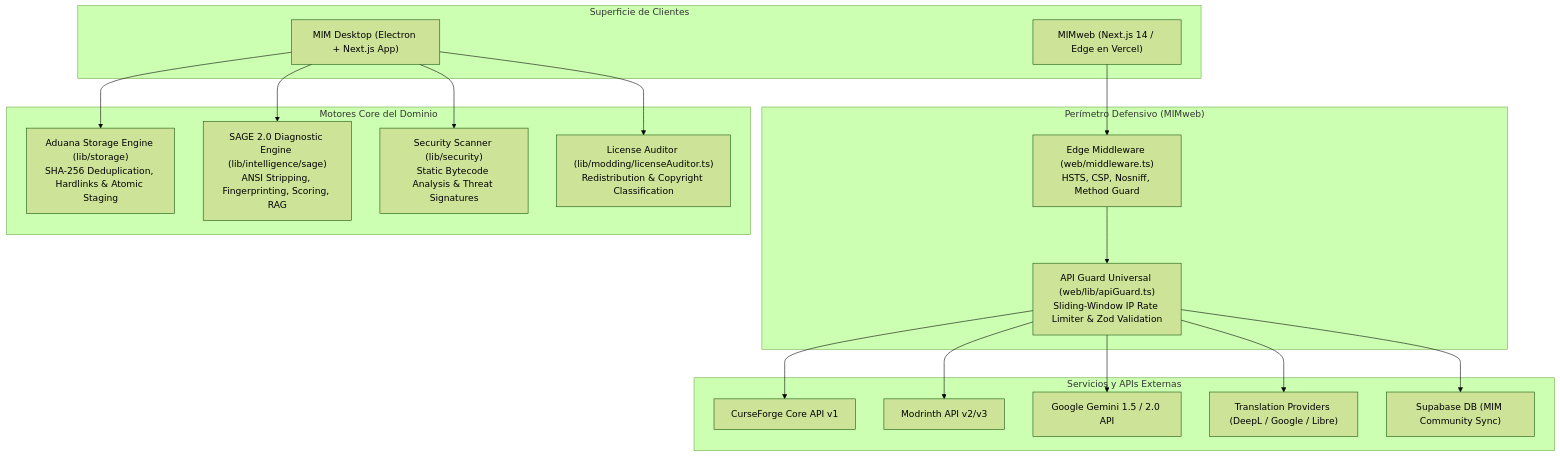
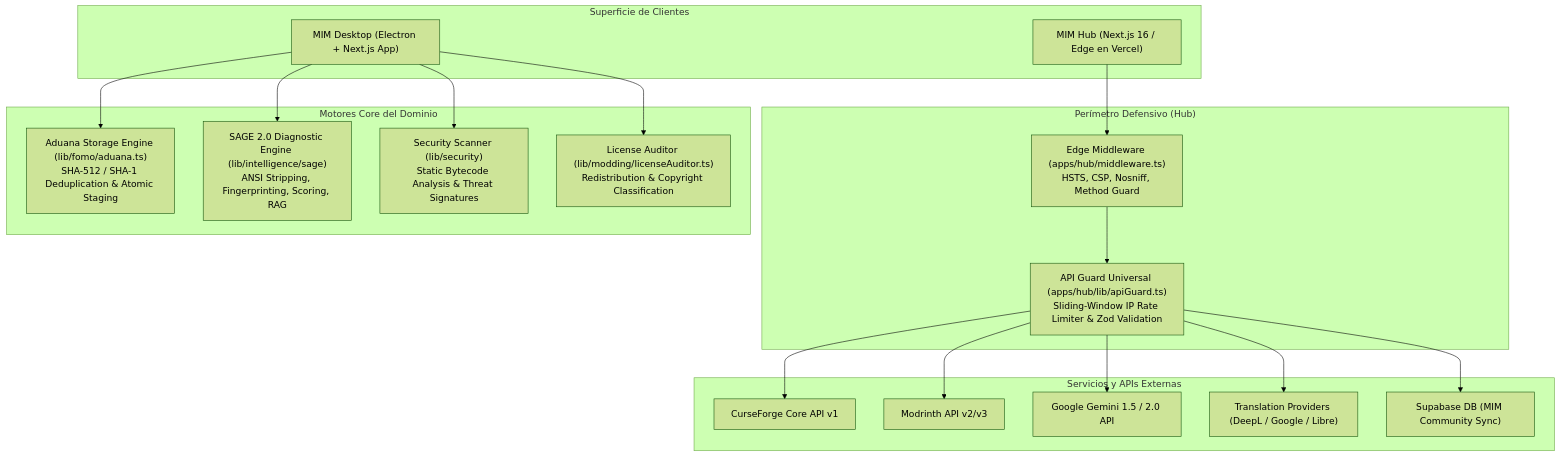
One commit to Ian9Franco/MIM changed the first of 4 diagrams in docs/architecture/overview.md. Above: the diagram before and after it, drawn with Mermaid (forest theme). The commit also changed other lines of this file and 21 other files, not shown here.

````diff
--- a/docs/architecture/overview.md
+++ b/docs/architecture/overview.md
@@ -11,40 +11,40 @@
 ```mermaid
 graph TD
     subgraph ClientLayer["Superficie de Clientes"]
         Desktop["MIM Desktop (Electron + Next.js App)"]
-        Web["MIMweb (Next.js 14 / Edge en Vercel)"]
+        Web["MIM Hub (Next.js 16 / Edge en Vercel)"]
     end
 
-    subgraph DefensePerimeter["Perímetro Defensivo (MIMweb)"]
-        EdgeMW["Edge Middleware (web/middleware.ts)<br/>HSTS, CSP, Nosniff, Method Guard"]
-        ApiGuard["API Guard Universal (web/lib/apiGuard.ts)<br/>Sliding-Window IP Rate Limiter & Zod Validation"]
+    subgraph DefensePerimeter["Perímetro Defensivo (Hub)"]
+        EdgeMW["Edge Middleware (apps/hub/middleware.ts)<br/>HSTS, CSP, Nosniff, Method Guard"]
+        ApiGuard["API Guard Universal (apps/hub/lib/apiGuard.ts)<br/>Sliding-Window IP Rate Limiter & Zod Validation"]
     end
 
     subgraph CoreEngines["Motores Core del Dominio"]
-        Aduana["Aduana Storage Engine (lib/storage)<br/>SHA-256 Deduplication, Hardlinks & Atomic Staging"]
+        Aduana["Aduana Storage Engine (lib/fomo/aduana.ts)<br/>SHA-512 / SHA-1 Deduplication & Atomic Staging"]
         SAGE["SAGE 2.0 Diagnostic Engine (lib/intelligence/sage)<br/>ANSI Stripping, Fingerprinting, Scoring, RAG"]
         Security["Security Scanner (lib/security)<br/>Static Bytecode Analysis & Threat Signatures"]
         LicenseAudit["License Auditor (lib/modding/licenseAuditor.ts)<br/>Redistribution & Copyright Classification"]
     end
 
     subgraph ExternalServices["Servicios y APIs Externas"]
         CurseForge["CurseForge Core API v1"]
         Modrinth["Modrinth API v2/v3"]
         Gemini["Google Gemini 1.5 / 2.0 API"]
         OfficialTrans["Translation Providers (DeepL / Google / Libre)"]
         Supabase["Supabase DB (MIM Community Sync)"]
     end
 
     Desktop --> Aduana
     Desktop --> SAGE
     Desktop --> Security
     Desktop --> LicenseAudit
 
     Web --> EdgeMW
     EdgeMW --> ApiGuard
     ApiGuard --> CurseForge
     ApiGuard --> Modrinth
     ApiGuard --> Gemini
     ApiGuard --> OfficialTrans
     ApiGuard --> Supabase
 ```
````
